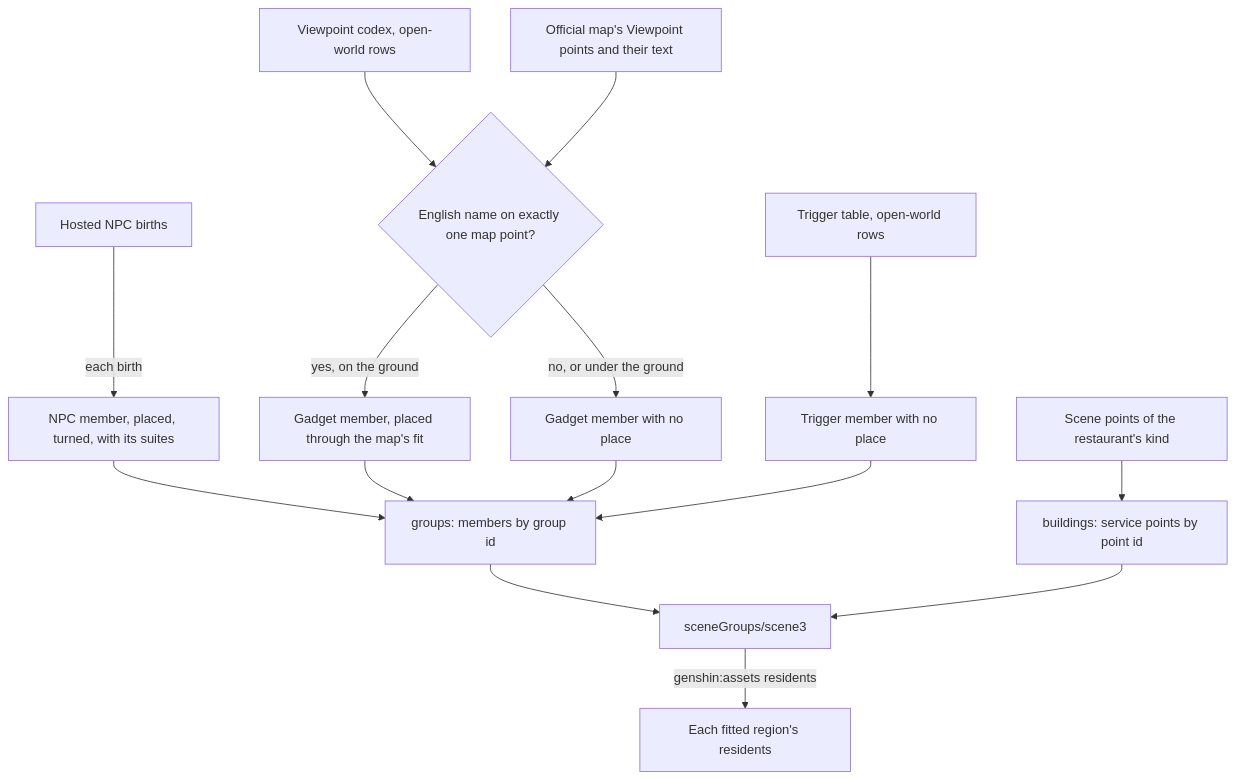
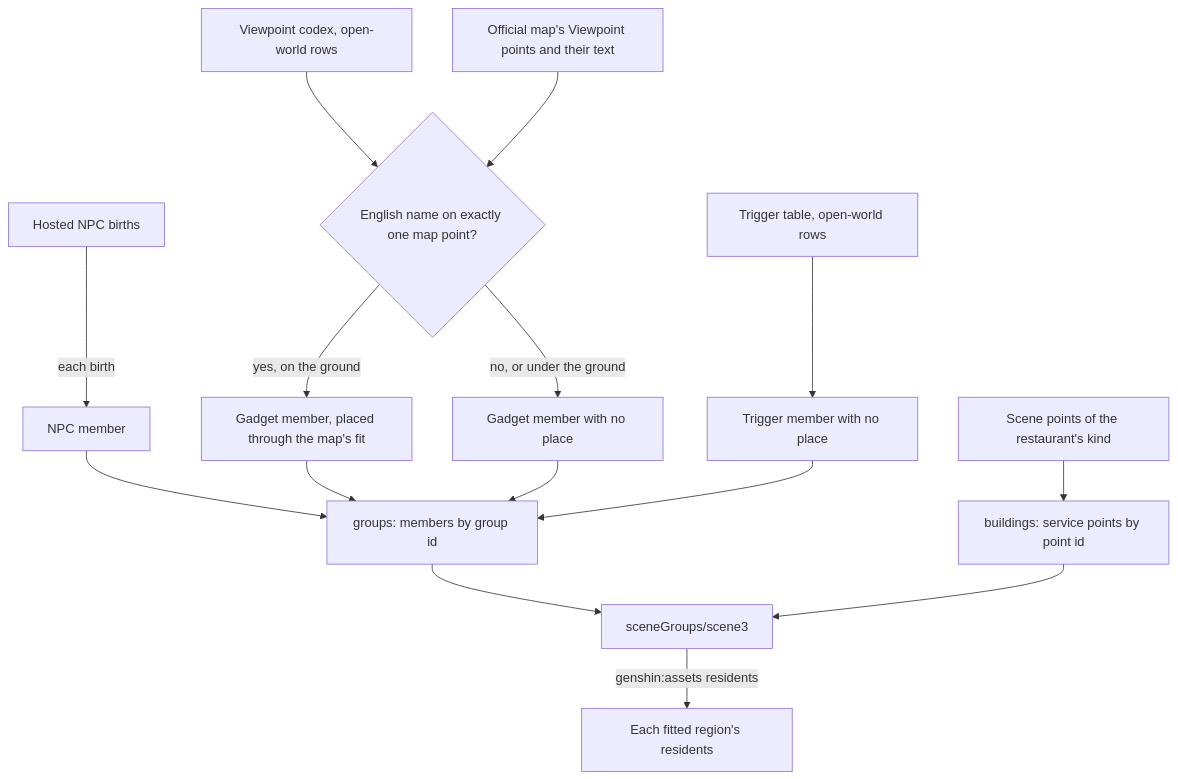
Before and after one commit to Esposter/Esposter: the diagram in openspec/specs/genshin/scene-groups/design.md, drawn with Mermaid. The commit also changed other lines of this file and 14 other files, not shown here.

````diff
--- a/openspec/specs/genshin/scene-groups/design.md
+++ b/openspec/specs/genshin/scene-groups/design.md
@@ -7,17 +7,17 @@
 ```mermaid
 flowchart TD
-  BIRTHS["Hosted NPC births"] -->|"each birth"| NPC["NPC member, placed, turned, with its suites"]
+  BIRTHS["Hosted NPC births"] -->|"each birth"| NPC["NPC member"]
   CODEX["Viewpoint codex, open-world rows"] --> MATCH{"English name on exactly one map point?"}
   INFO["Official map's Viewpoint points and their text"] --> MATCH
   MATCH -->|"yes, on the ground"| PLACED["Gadget member, placed through the map's fit"]
   MATCH -->|"no, or under the ground"| BARE["Gadget member with no place"]
   TRIGGERS["Trigger table, open-world rows"] --> TRIGGER["Trigger member with no place"]
   NPC --> GROUPS["groups: members by group id"]
   PLACED --> GROUPS
   BARE --> GROUPS
   TRIGGER --> GROUPS
   POINTS["Scene points of the restaurant's kind"] --> BUILDINGS["buildings: service points by point id"]
   GROUPS --> RECORD["sceneGroups/scene3"]
   BUILDINGS --> RECORD
   RECORD -->|"genshin:assets residents"| RESIDENTS["Each fitted region's residents"]
 ```
````
